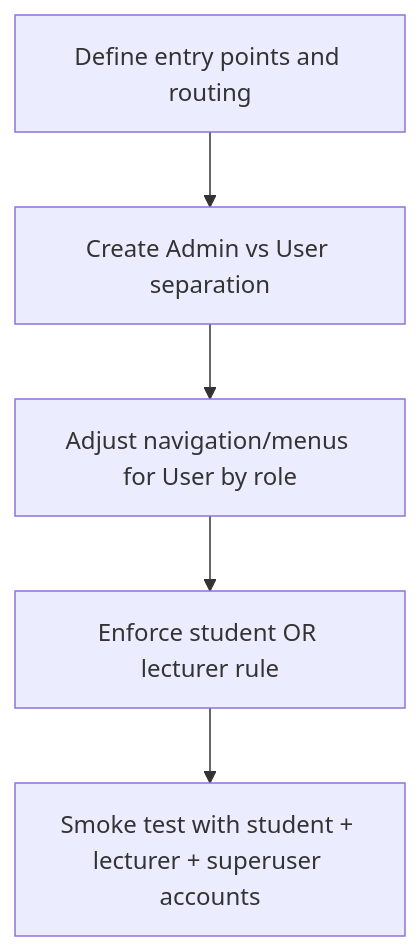
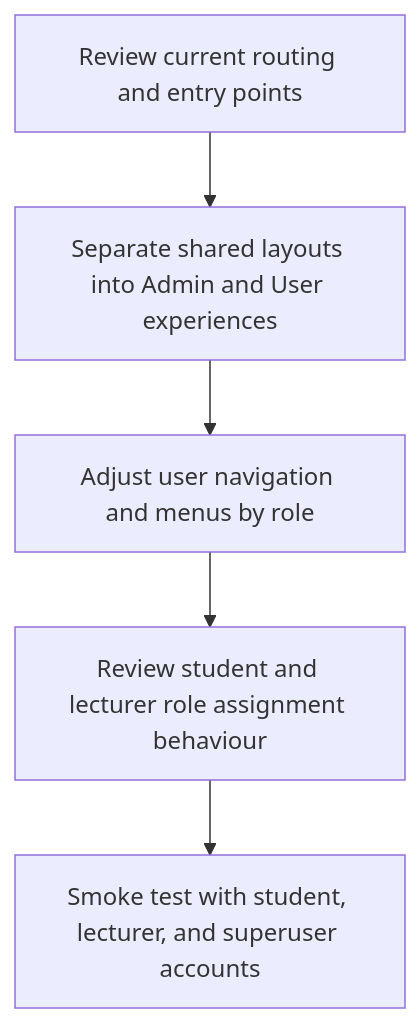
Before and after one commit to orbitez/docs: the fourth of 4 diagrams in designdoc.md, drawn with Mermaid. The commit also changed other lines of this file, not shown here.

````diff
--- a/designdoc.md
+++ b/designdoc.md
@@ -97,7 +98,7 @@
 ```mermaid
 flowchart TD
-    A[Define entry points and routing] --> B[Create Admin vs User separation]
-    B --> C[Adjust navigation/menus for User by role]
-    C --> D[Enforce student OR lecturer rule]
-    D --> E[Smoke test with student + lecturer + superuser accounts]
+    A[Review current routing and entry points] --> B[Separate shared layouts into Admin and User experiences]
+    B --> C[Adjust user navigation and menus by role]
+    C --> D[Review student and lecturer role assignment behaviour]
+    D --> E[Smoke test with student, lecturer, and superuser accounts]
 ```
````
